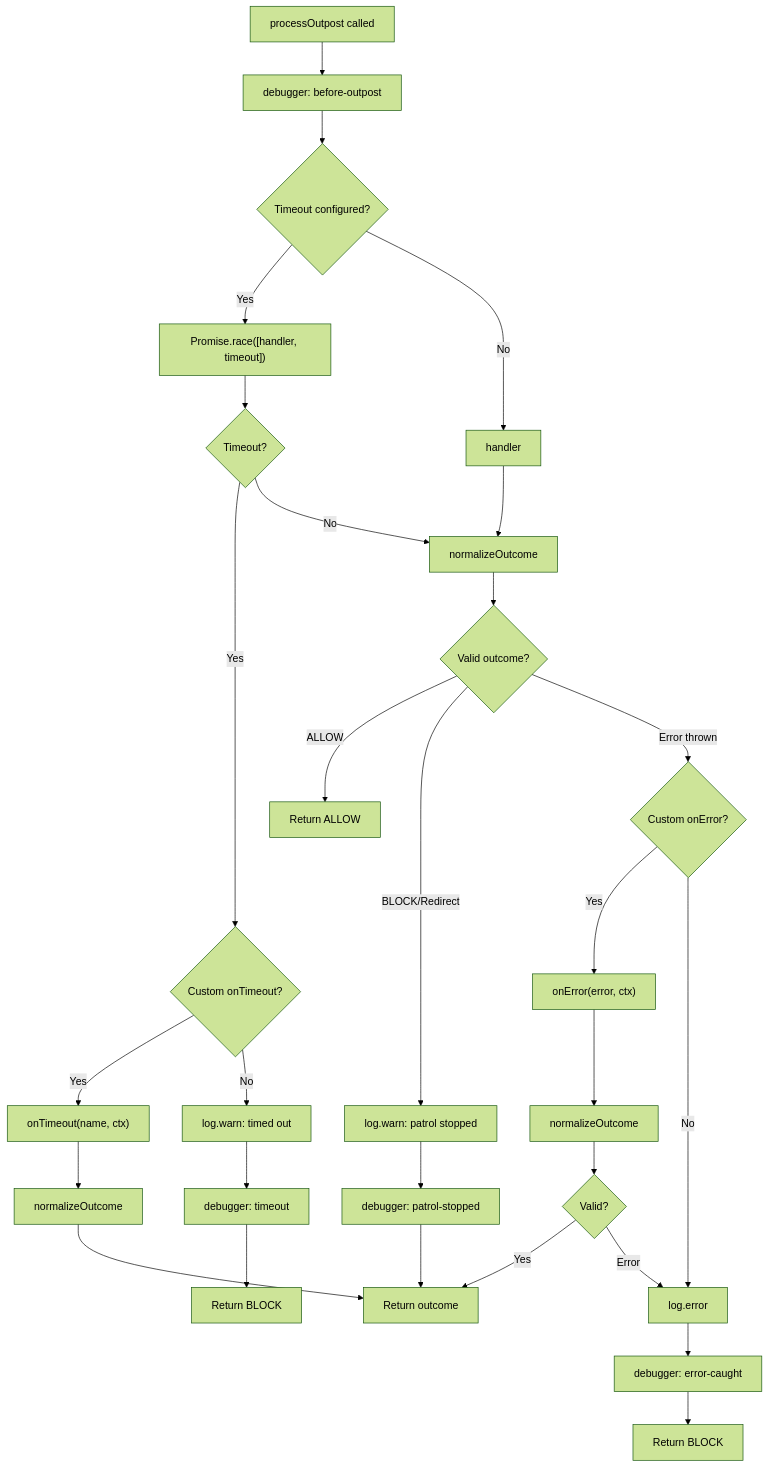
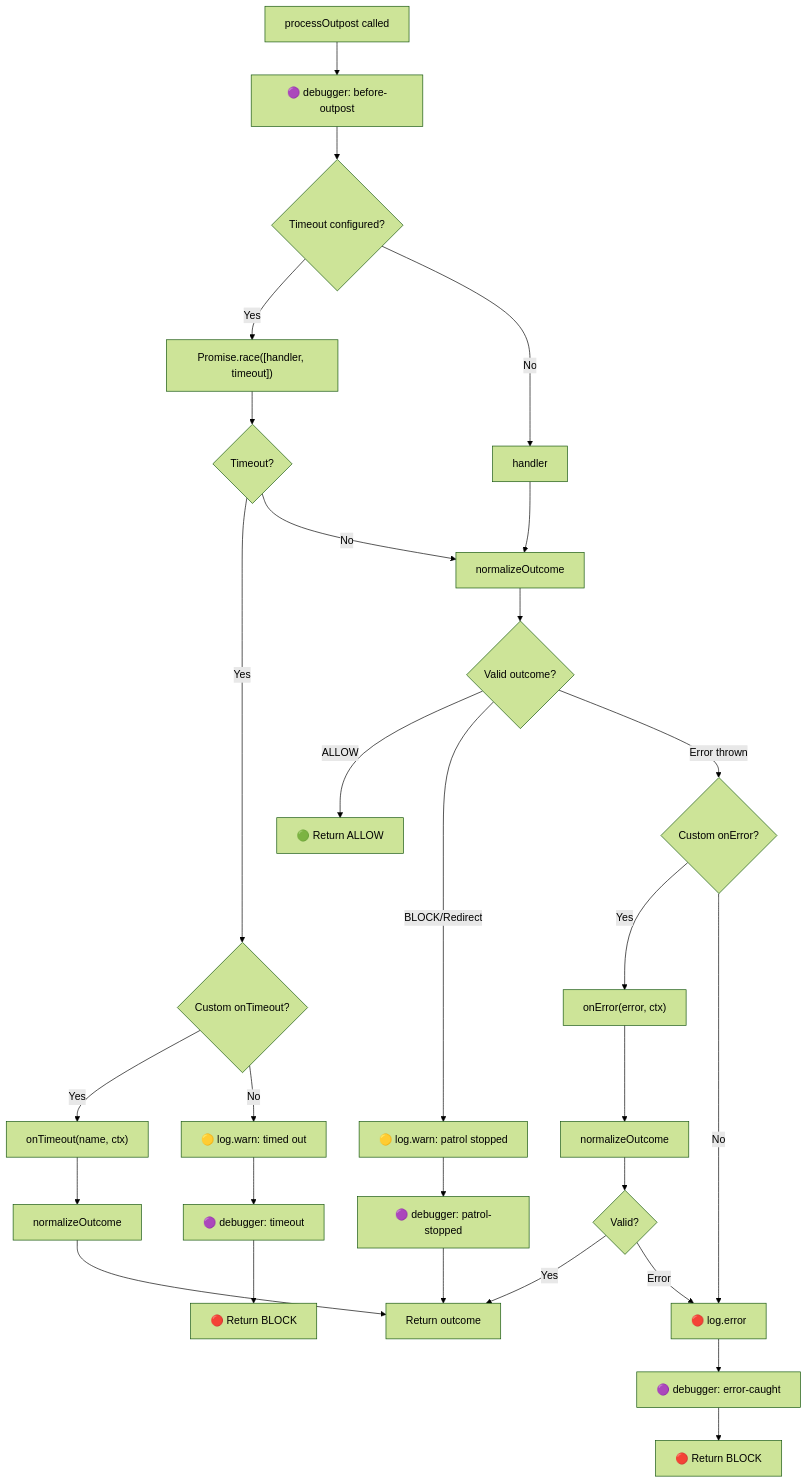
Before and after one commit to Kassaila/vue-router-citadel: the second of 3 diagrams in docs/advanced/architecture.md, drawn with Mermaid (forest theme). The commit also changed other lines of this file and 36 other files, not shown here.

````diff
--- a/docs/advanced/architecture.md
+++ b/docs/advanced/architecture.md
@@ -39,42 +39,42 @@
 ```mermaid
 flowchart TD
-    A[processOutpost called] --> DBG1[debugger: before-outpost]
+    A[processOutpost called] --> DBG1[🟣 debugger: before-outpost]
     DBG1 --> T{Timeout configured?}
 
     T -->|Yes| RACE["Promise.race([handler, timeout])"]
     T -->|No| B[handler]
 
     RACE --> TO{Timeout?}
     TO -->|Yes| TOH{Custom onTimeout?}
     TO -->|No| C
 
     B --> C[normalizeOutcome]
 
     TOH -->|Yes| TOC["onTimeout(name, ctx)"]
-    TOH -->|No| TOLOG[log.warn: timed out]
-    TOLOG --> TODBG[debugger: timeout]
-    TODBG --> TOK[Return BLOCK]
+    TOH -->|No| TOLOG[🟡 log.warn: timed out]
+    TOLOG --> TODBG[🟣 debugger: timeout]
+    TODBG --> TOK[🔴 Return BLOCK]
 
     TOC --> TON[normalizeOutcome]
     TON --> F
 
     C --> D{Valid outcome?}
 
-    D -->|ALLOW| E[Return ALLOW]
-    D -->|BLOCK/Redirect| LOG1[log.warn: patrol stopped]
-    LOG1 --> DBG2[debugger: patrol-stopped]
+    D -->|ALLOW| E[🟢 Return ALLOW]
+    D -->|BLOCK/Redirect| LOG1[🟡 log.warn: patrol stopped]
+    LOG1 --> DBG2[🟣 debugger: patrol-stopped]
     DBG2 --> F[Return outcome]
 
     D -->|Error thrown| G{Custom onError?}
 
     G -->|Yes| H["onError(error, ctx)"]
-    G -->|No| LOG2[log.error]
+    G -->|No| LOG2[🔴 log.error]
 
     H --> I[normalizeOutcome]
     I --> J{Valid?}
     J -->|Yes| F
     J -->|Error| LOG2
 
-    LOG2 --> DBG3[debugger: error-caught]
-    DBG3 --> K[Return BLOCK]
+    LOG2 --> DBG3[🟣 debugger: error-caught]
+    DBG3 --> K[🔴 Return BLOCK]
 ```
````
